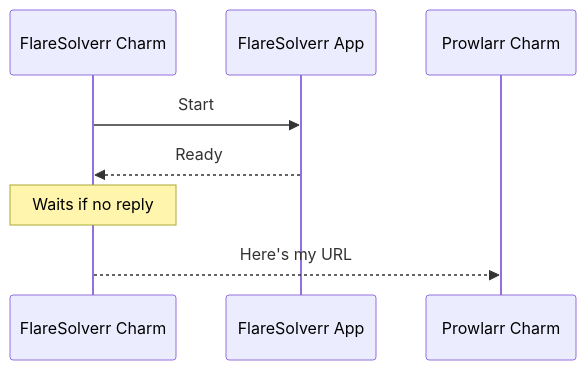
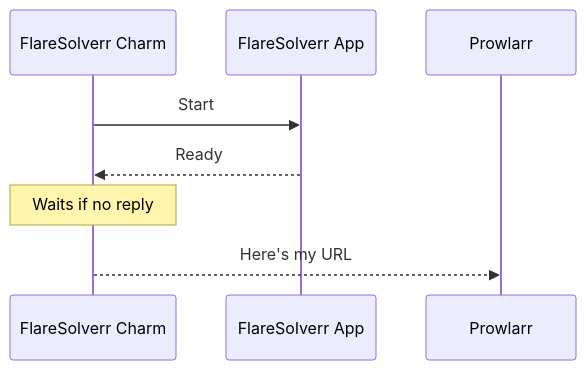
The second of 2 diagrams in docs/charms/media-indexer.md (charmarr/charmarr), drawn with Mermaid before and after one commit. The commit also changed other lines of this file and 23 other files, not shown here.

````diff
--- a/docs/charms/media-indexer.md
+++ b/docs/charms/media-indexer.md
@@ -69,12 +69,12 @@
 ```mermaid
 sequenceDiagram
     participant FC as FlareSolverr Charm
     participant FS as FlareSolverr App
-    participant PC as Prowlarr Charm
+    participant Prowlarr
 
     FC->>FS: Start
     FS-->>FC: Ready
     Note over FC: Waits if no reply
 
-    FC-->>PC: Here's my URL
+    FC-->>Prowlarr: Here's my URL
 ```
````
